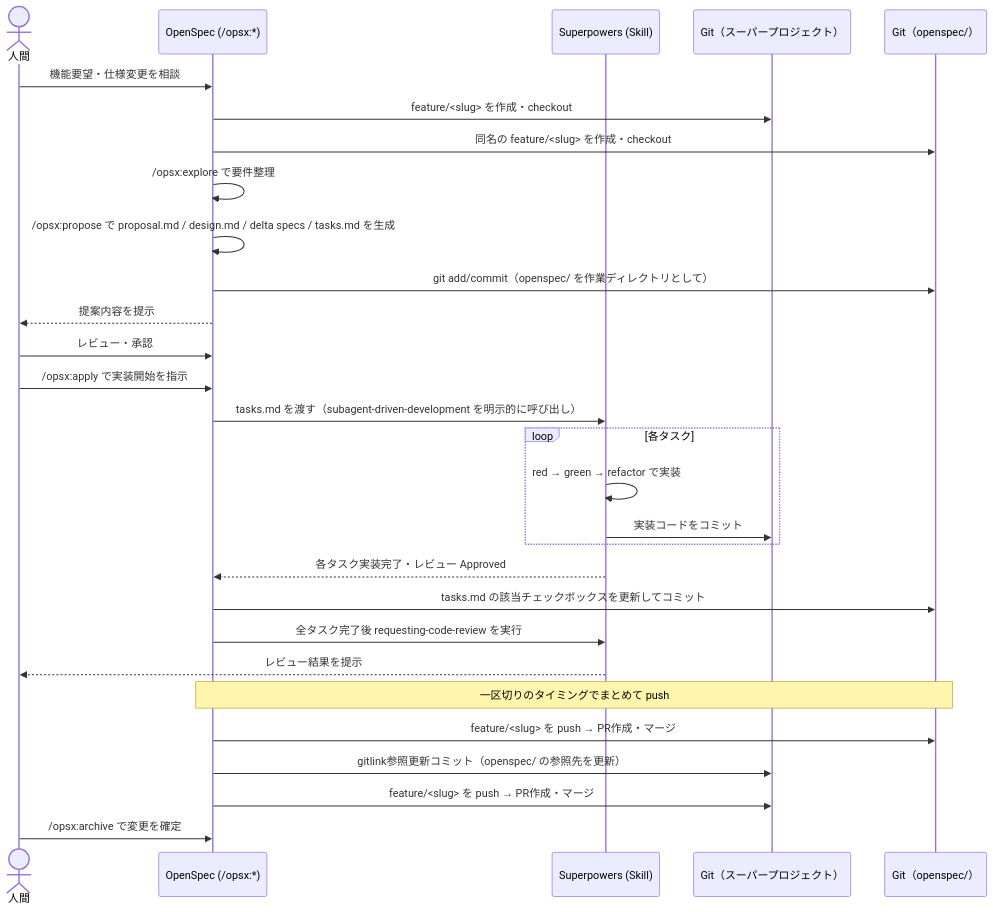
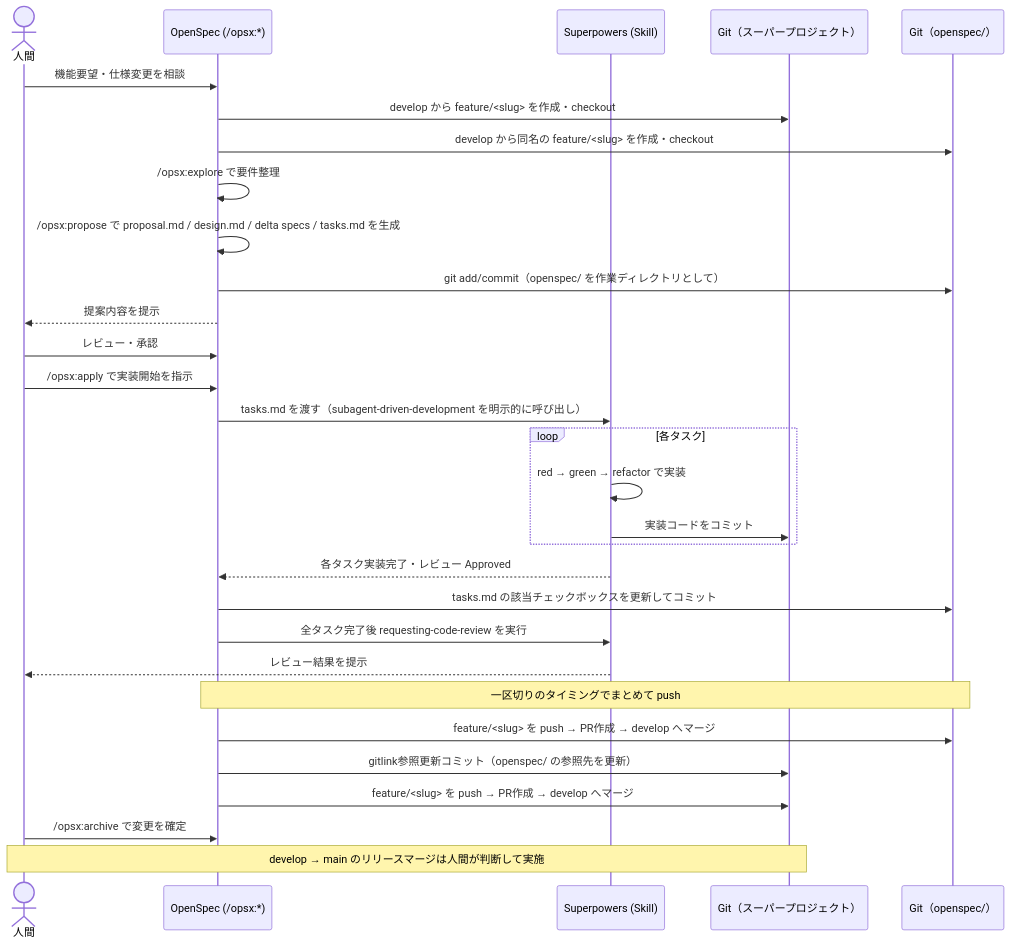
One commit to naokidotdev/poc-openspec-superpowers changed the first of 2 diagrams in README.md. Above: the diagram before and after it, drawn with Mermaid. The commit also changed other lines of this file and 2 other files, not shown here.

Commit message:
docs: adopt main/develop/feature branch model
Add develop as the integration branch between feature/* and main;
feature/* now branches from develop and merges back into develop, with
develop -> main release merges left to human judgment. Update branch
docs, PR template, and workflow diagrams accordingly.

Claude-Session: https://claude.ai/code/session_01M6ZK6anJYfr4jKNR5abeGB

````diff
--- a/README.md
+++ b/README.md
@@ -18,34 +18,36 @@
 ```mermaid
 sequenceDiagram
     actor 人間
     participant OpenSpec as OpenSpec (/opsx:*)
     participant Superpowers as Superpowers (Skill)
     participant GitSuper as Git（スーパープロジェクト）
     participant GitSpecs as Git（openspec/）
 
     人間->>OpenSpec: 機能要望・仕様変更を相談
-    OpenSpec->>GitSuper: feature/<slug> を作成・checkout
-    OpenSpec->>GitSpecs: 同名の feature/<slug> を作成・checkout
+    OpenSpec->>GitSuper: develop から feature/<slug> を作成・checkout
+    OpenSpec->>GitSpecs: develop から同名の feature/<slug> を作成・checkout
     OpenSpec->>OpenSpec: /opsx:explore で要件整理
     OpenSpec->>OpenSpec: /opsx:propose で proposal.md / design.md / delta specs / tasks.md を生成
     OpenSpec->>GitSpecs: git add/commit（openspec/ を作業ディレクトリとして）
     OpenSpec-->>人間: 提案内容を提示
     人間->>OpenSpec: レビュー・承認
 
     人間->>OpenSpec: /opsx:apply で実装開始を指示
     OpenSpec->>Superpowers: tasks.md を渡す（subagent-driven-development を明示的に呼び出し）
     loop 各タスク
         Superpowers->>Superpowers: red → green → refactor で実装
         Superpowers->>GitSuper: 実装コードをコミット
     end
     Superpowers-->>OpenSpec: 各タスク実装完了・レビュー Approved
     OpenSpec->>GitSpecs: tasks.md の該当チェックボックスを更新してコミット
     OpenSpec->>Superpowers: 全タスク完了後 requesting-code-review を実行
     Superpowers-->>人間: レビュー結果を提示
 
     Note over OpenSpec,GitSpecs: 一区切りのタイミングでまとめて push
-    OpenSpec->>GitSpecs: feature/<slug> を push → PR作成・マージ
+    OpenSpec->>GitSpecs: feature/<slug> を push → PR作成 → develop へマージ
     OpenSpec->>GitSuper: gitlink参照更新コミット（openspec/ の参照先を更新）
-    OpenSpec->>GitSuper: feature/<slug> を push → PR作成・マージ
+    OpenSpec->>GitSuper: feature/<slug> を push → PR作成 → develop へマージ
     人間->>OpenSpec: /opsx:archive で変更を確定
+
+    Note over 人間,GitSuper: develop → main のリリースマージは人間が判断して実施
 ```
````
